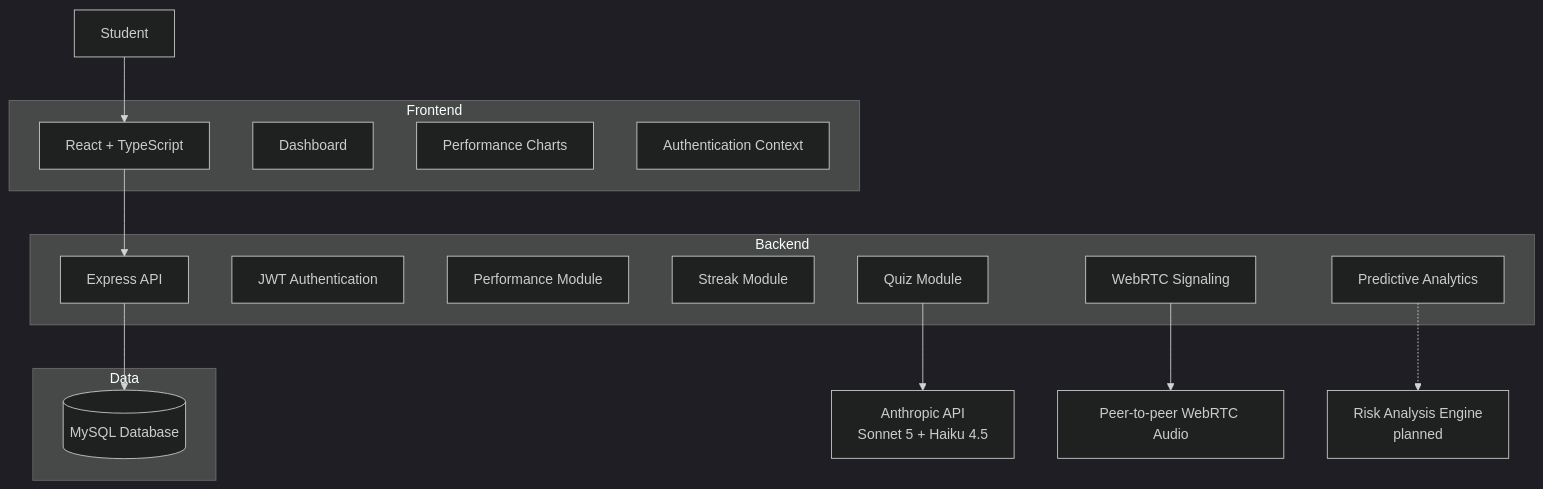
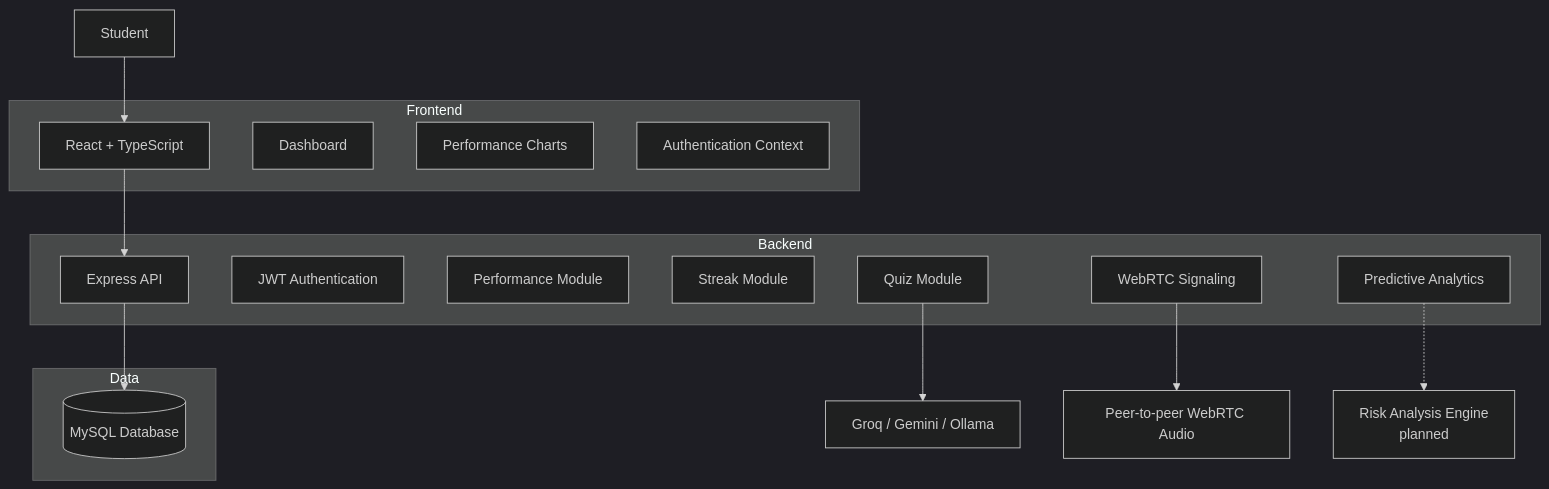
The first of 4 diagrams in saics/README.md (ashleythabang47-cloud/Acadance-), drawn with Mermaid (dark theme) before and after one commit. The commit also changed other lines of this file and 55 other files, not shown here.

````diff
--- a/saics/README.md
+++ b/saics/README.md
@@ -186,35 +199,35 @@
 ```mermaid
 flowchart TD
 
     Student[Student]
     Student --> UI
 
     subgraph Frontend
         UI[React + TypeScript]
         Dashboard[Dashboard]
         Charts[Performance Charts]
         AuthContext[Authentication Context]
     end
 
     UI --> API
 
     subgraph Backend
         API[Express API]
         Auth[JWT Authentication]
         Performance[Performance Module]
         Streaks[Streak Module]
         Quiz[Quiz Module]
         Analytics[Predictive Analytics]
         Voice[WebRTC Signaling]
     end
 
     API --> DB
 
     subgraph Data
         DB[(MySQL Database)]
     end
 
-    Quiz --> Anthropic[Anthropic API<br/>Sonnet 5 + Haiku 4.5]
+    Quiz --> Providers[Groq / Gemini / Ollama]
     Voice --> RTC[Peer-to-peer WebRTC Audio]
     Analytics -.-> Prediction[Risk Analysis Engine<br/>planned]
 ```
````
